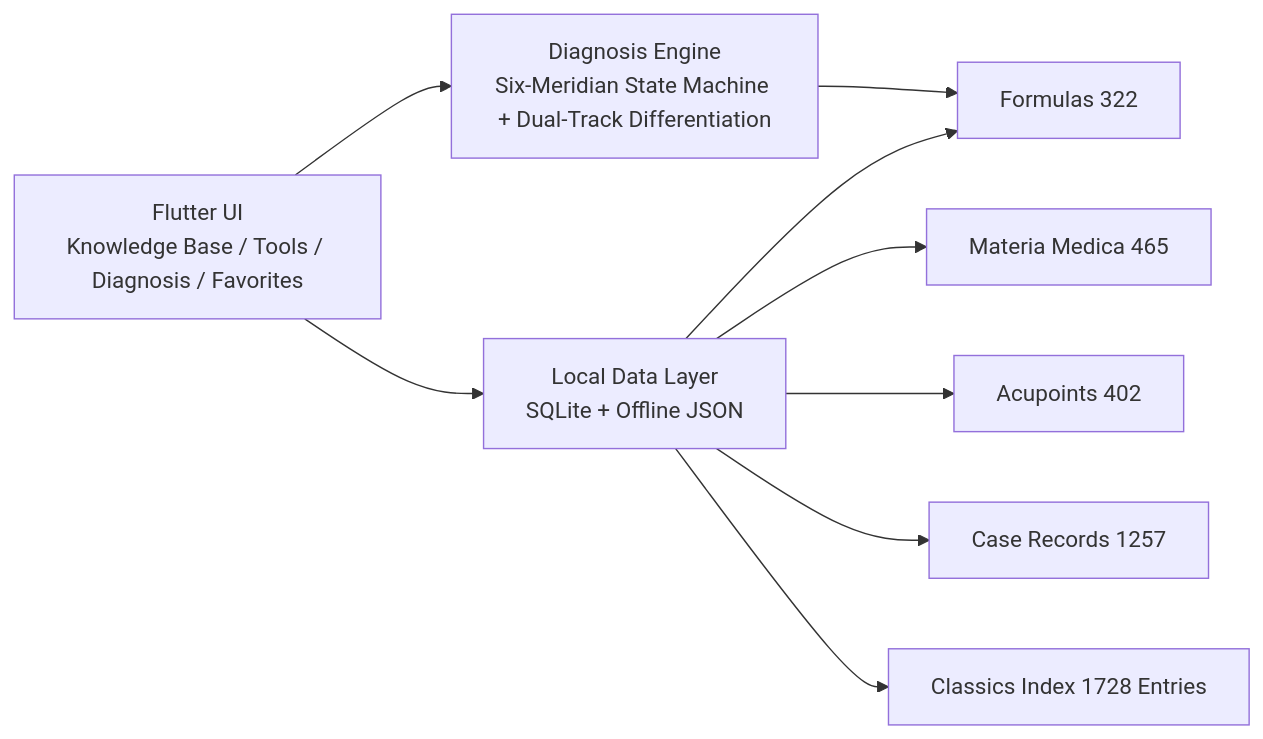
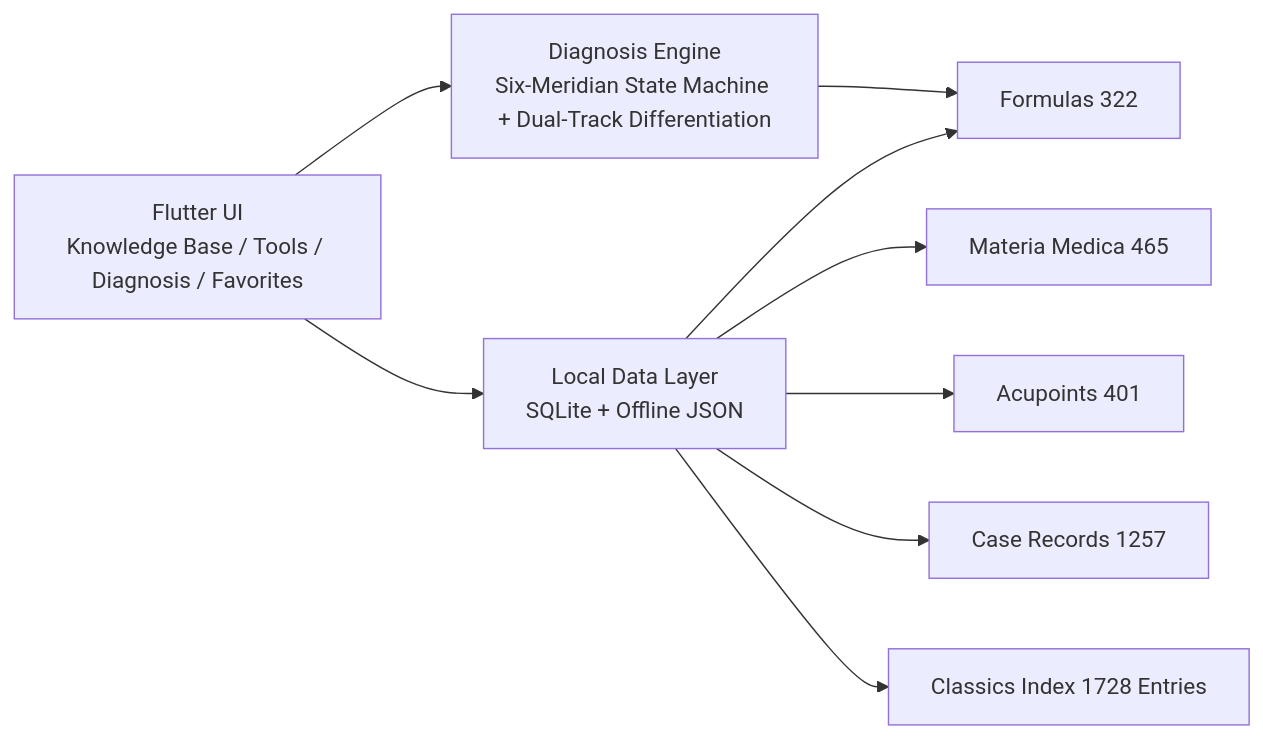
One commit to jangviktor-web/nihaixia-app changed the diagram in README.en.md. Above: the diagram before and after it, drawn with Mermaid. The commit also changed other lines of this file and 14 other files, not shown here.

````diff
--- a/README.en.md
+++ b/README.en.md
@@ -639,11 +639,11 @@
 ```mermaid
 flowchart LR
   UI["Flutter UI<br/>Knowledge Base / Tools / Diagnosis / Favorites"] --> ENG["Diagnosis Engine<br/>Six-Meridian State Machine + Dual-Track Differentiation"]
   UI --> DATA["Local Data Layer<br/>SQLite + Offline JSON"]
   DATA --> F["Formulas 322"]
   DATA --> H["Materia Medica 465"]
-  DATA --> A["Acupoints 402"]
+  DATA --> A["Acupoints 401"]
   DATA --> M["Case Records 1257"]
   DATA --> C["Classics Index 1728 Entries"]
   ENG --> F
 ```
````
